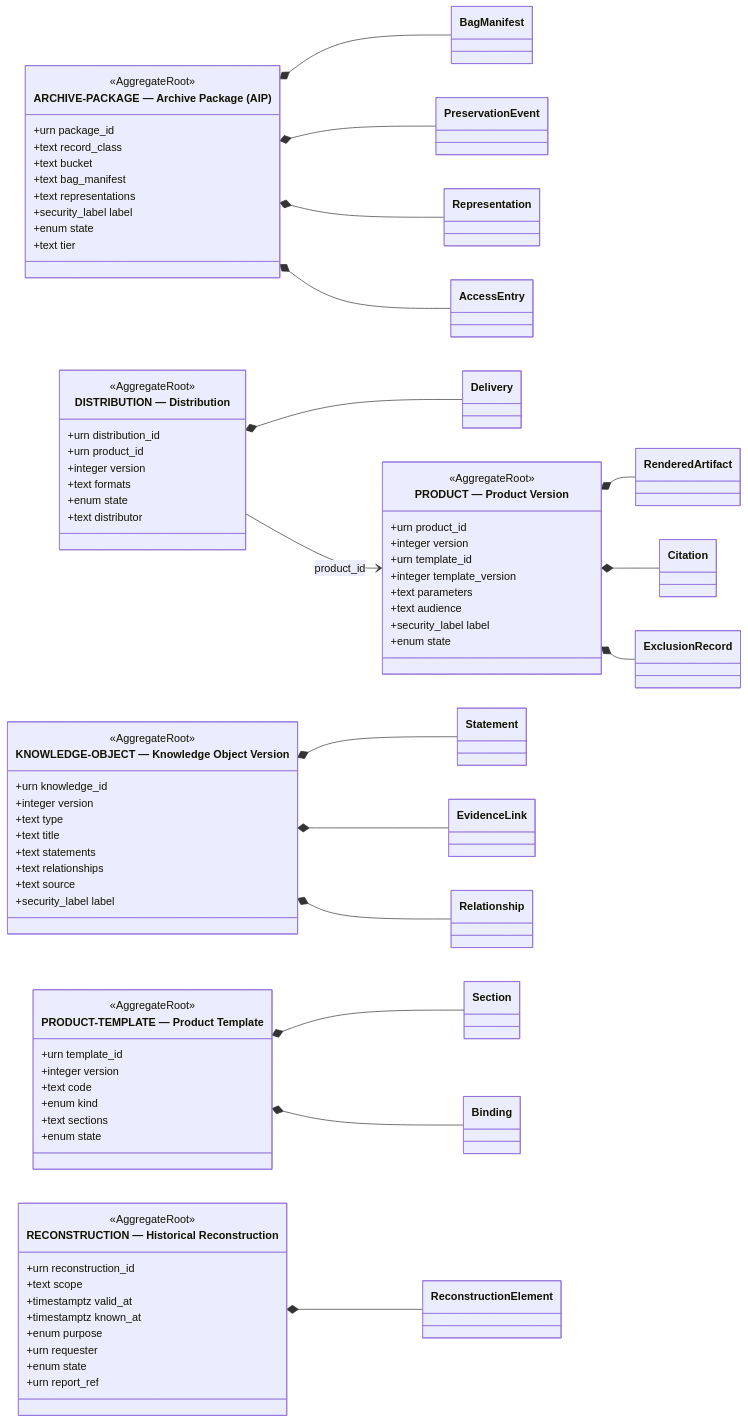
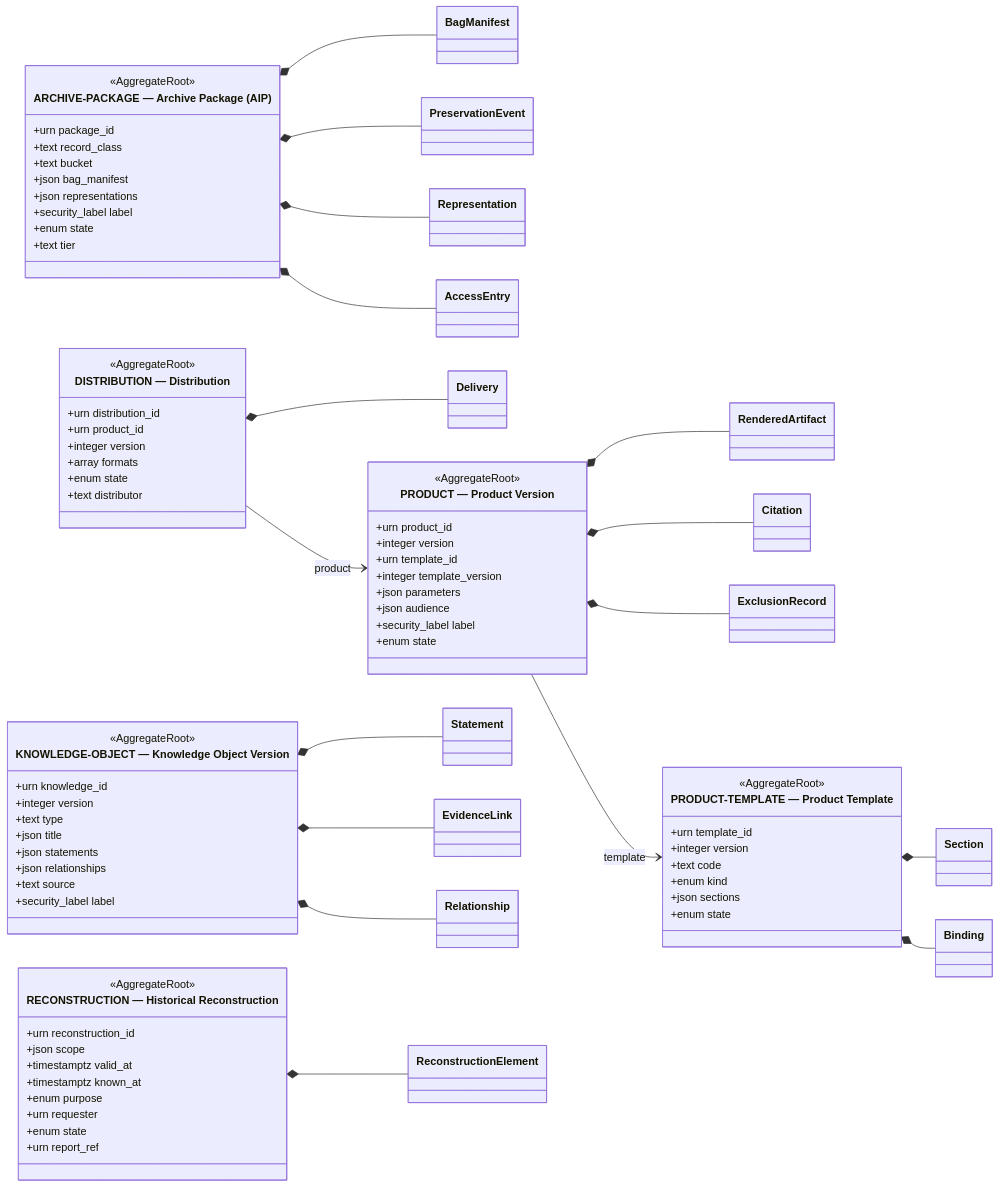
The seventh of 9 diagrams in spec/18-analysis-design/07-domain-model.md (Ayoubkhattab/Planing), drawn with Mermaid before and after one commit. The commit also changed other lines of this file and 9 other files, not shown here.

````diff
--- a/spec/18-analysis-design/07-domain-model.md
+++ b/spec/18-analysis-design/07-domain-model.md
@@ -1084,8 +1122,8 @@
     +urn package_id
     +text record_class
     +text bucket
-    +text bag_manifest
-    +text representations
+    +json bag_manifest
+    +json representations
     +security_label label
     +enum state
     +text tier
@@ -1103,7 +1141,7 @@
     +urn distribution_id
     +urn product_id
     +integer version
-    +text formats
+    +array formats
     +enum state
     +text distributor
   }
@@ -1114,9 +1152,9 @@
     +urn knowledge_id
     +integer version
     +text type
-    +text title
-    +text statements
-    +text relationships
+    +json title
+    +json statements
+    +json relationships
     +text source
     +security_label label
   }
@@ -1132,8 +1170,8 @@
     +integer version
     +urn template_id
     +integer template_version
-    +text parameters
-    +text audience
+    +json parameters
+    +json audience
     +security_label label
     +enum state
   }
@@ -1149,7 +1187,7 @@
     +integer version
     +text code
     +enum kind
-    +text sections
+    +json sections
     +enum state
   }
   class AGG_PRODUCT_TEMPLATE__Section["Section"]
@@ -1159,7 +1197,7 @@
   class AGG_RECONSTRUCTION["RECONSTRUCTION — Historical Reconstruction"] {
     <<AggregateRoot>>
     +urn reconstruction_id
-    +text scope
+    +json scope
     +timestamptz valid_at
     +timestamptz known_at
     +enum purpose
@@ -1169,5 +1207,6 @@
   }
   class AGG_RECONSTRUCTION__ReconstructionElement["ReconstructionElement"]
   AGG_RECONSTRUCTION *-- AGG_RECONSTRUCTION__ReconstructionElement
-  AGG_DISTRIBUTION --> AGG_PRODUCT : product_id
+  AGG_DISTRIBUTION --> AGG_PRODUCT : product
+  AGG_PRODUCT --> AGG_PRODUCT_TEMPLATE : template
 ```
````
